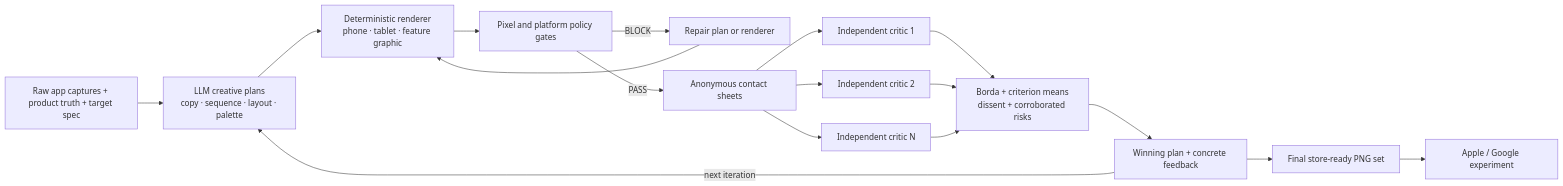
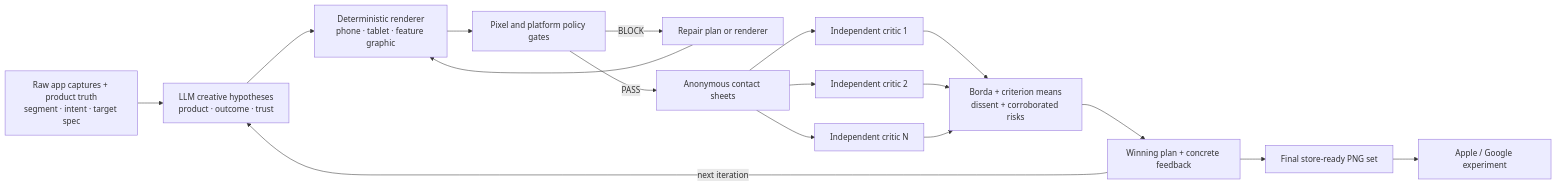
Before and after one commit to Loop-Suite/store-creative-loop: the first of 3 diagrams in README.md, drawn with Mermaid. The commit also changed other lines of this file and 5 other files, not shown here.

````diff
--- a/README.md
+++ b/README.md
@@ -9,19 +9,19 @@
 ```mermaid
 flowchart LR
-    A["Raw app captures + product truth + target spec"] --> B["LLM creative plans<br/>copy · sequence · layout · palette"]
+    A["Raw app captures + product truth<br/>segment · intent · target spec"] --> B["LLM creative hypotheses<br/>product · outcome · trust"]
     B --> C["Deterministic renderer<br/>phone · tablet · feature graphic"]
     C --> D["Pixel and platform policy gates"]
     D -->|"BLOCK"| E["Repair plan or renderer"]
     E --> C
     D -->|"PASS"| F["Anonymous contact sheets"]
     F --> G1["Independent critic 1"]
     F --> G2["Independent critic 2"]
     F --> G3["Independent critic N"]
     G1 --> H["Borda + criterion means<br/>dissent + corroborated risks"]
     G2 --> H
     G3 --> H
     H --> I["Winning plan + concrete feedback"]
     I -->|"next iteration"| B
     I --> J["Final store-ready PNG set"]
     J --> K["Apple / Google experiment"]
 ```
````
